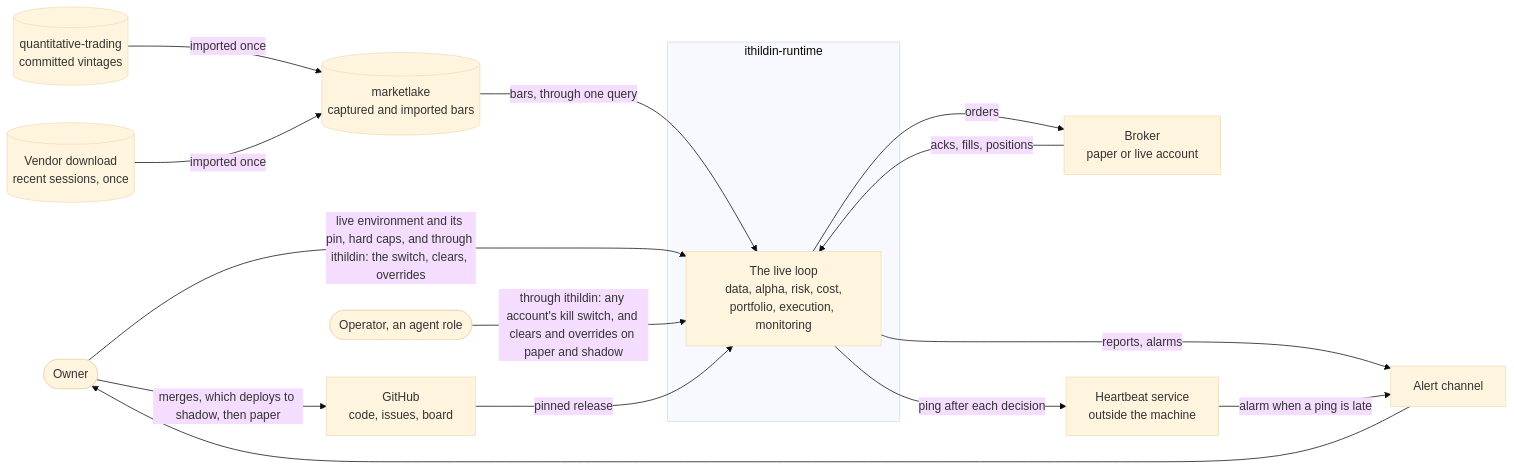
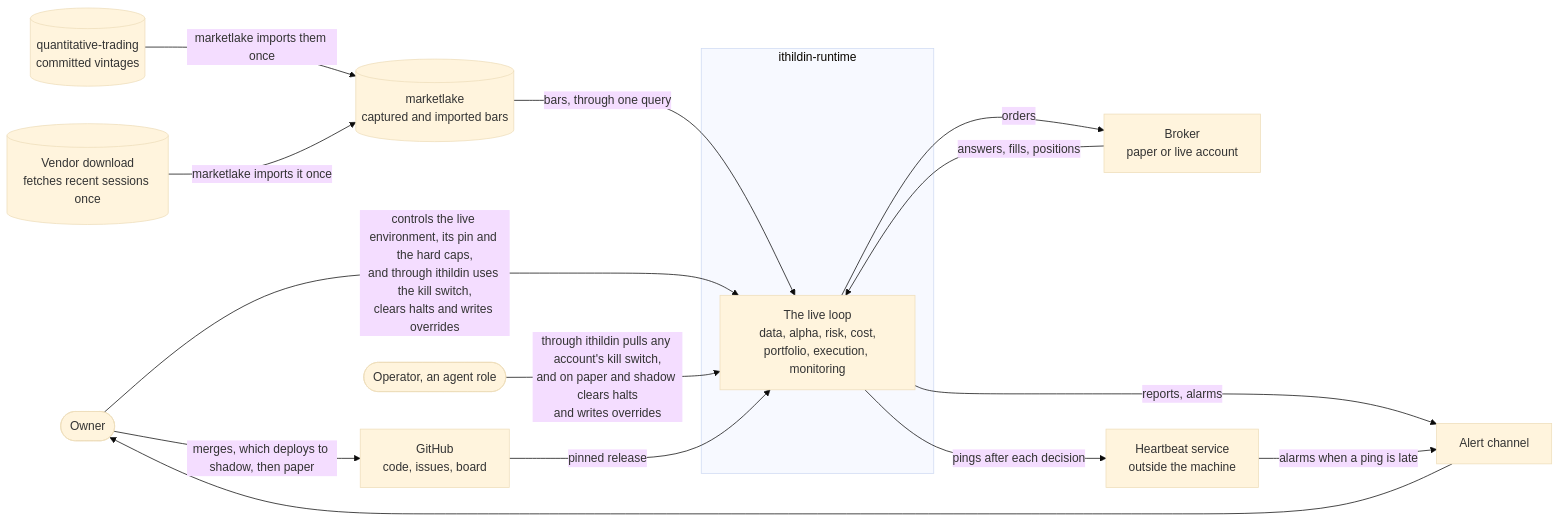
The fourth of 35 diagrams in docs/architecture.md (l3a0/ithildin-runtime), drawn with Mermaid (base theme) before and after one commit. The commit also changed other lines of this file and 2 other files, not shown here.

First line of the commit message:
docs: restyle the words in the Mermaid diagrams

````diff
--- a/docs/architecture.md
+++ b/docs/architecture.md
@@ -244,29 +244,29 @@
 ```mermaid
 flowchart LR
     owner(["Owner"])
     operator(["Operator, an agent role"])
     subgraph platform["ithildin-runtime"]
         loop["The live loop<br/>data, alpha, risk, cost,<br/>portfolio, execution, monitoring"]
     end
     qt[("quantitative-trading<br/>committed vintages")]
-    vendor[("Vendor download<br/>recent sessions, once")]
+    vendor[("Vendor download<br/>fetches recent sessions once")]
     lake[("marketlake<br/>captured and imported bars")]
     broker["Broker<br/>paper or live account"]
     alerts["Alert channel"]
     heartbeat["Heartbeat service<br/>outside the machine"]
     github["GitHub<br/>code, issues, board"]
 
-    qt -->|"imported once"| lake
-    vendor -->|"imported once"| lake
+    qt -->|"marketlake imports them once"| lake
+    vendor -->|"marketlake imports it once"| lake
     lake -->|"bars, through one query"| loop
     loop -->|"orders"| broker
-    broker -->|"acks, fills, positions"| loop
+    broker -->|"answers, fills, positions"| loop
     loop -->|"reports, alarms"| alerts
-    loop -->|"ping after each decision"| heartbeat
-    heartbeat -->|"alarm when a ping is late"| alerts
+    loop -->|"pings after each decision"| heartbeat
+    heartbeat -->|"alarms when a ping is late"| alerts
     alerts --> owner
-    owner -->|"live environment and its pin, hard caps, and through ithildin: the switch, clears, overrides"| loop
-    operator -->|"through ithildin: any account's kill switch, and clears and overrides on paper and shadow"| loop
+    owner -->|"controls the live environment, its pin and the hard caps,<br/>and through ithildin uses the kill switch,<br/>clears halts and writes overrides"| loop
+    operator -->|"through ithildin pulls any account's kill switch,<br/>and on paper and shadow clears halts<br/>and writes overrides"| loop
     owner -->|"merges, which deploys to shadow, then paper"| github
     github -->|"pinned release"| loop
 ```
````
